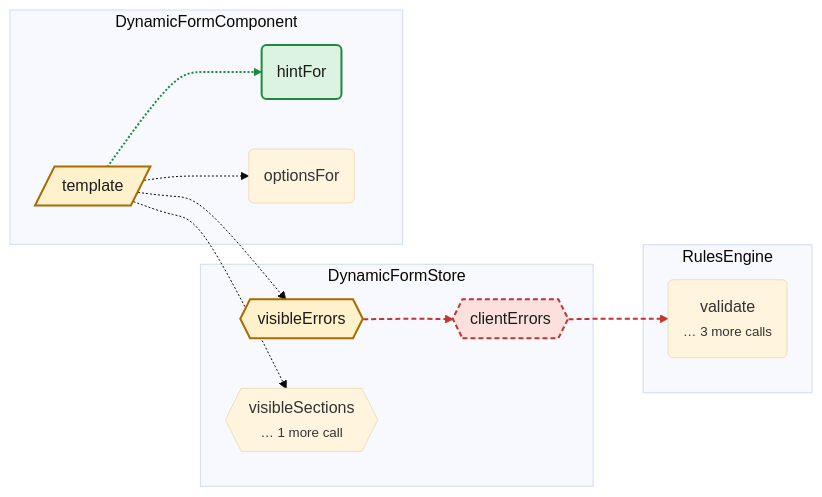
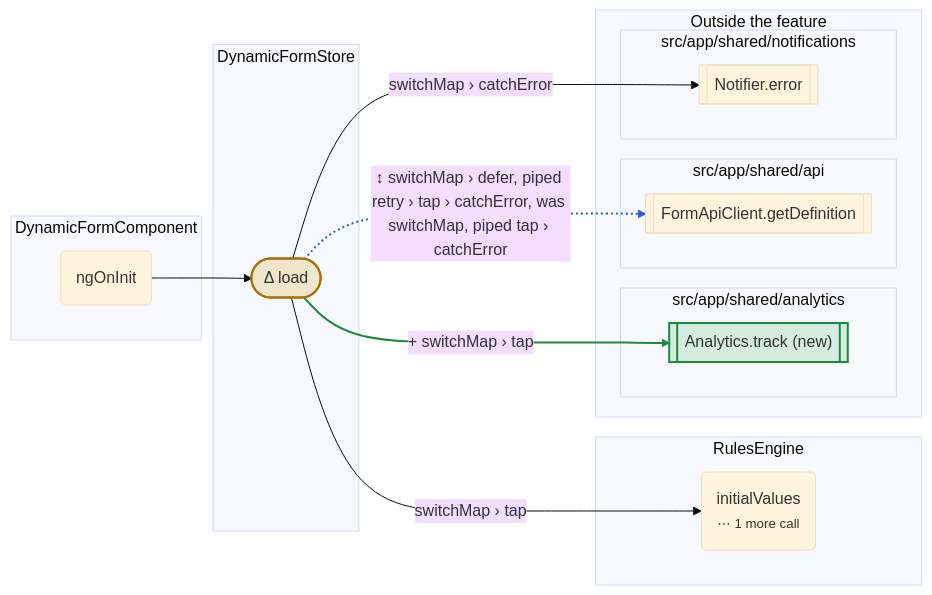
Before and after one commit to tstapleton/playground: the fifth of 6 diagrams in examples/callgraph-diff/comment.md, drawn with Mermaid (base theme). The commit also changed other lines of this file and 3 other files, not shown here.

First line of the commit message:
Regenerate the call graph demo, and note that signal-trace became plotline

````diff
--- a/examples/callgraph-diff/comment.md
+++ b/examples/callgraph-diff/comment.md
@@ -197,31 +255,34 @@
 ```mermaid
 flowchart LR
   subgraph g0["DynamicFormStore"]
-    n3{{"clientErrors"}}
-    n4{{"visibleErrors"}}
-    n5{{"visibleSections<br/><small>… 1 more call</small>"}}
+    n1(["Δ load"])
   end
   subgraph g1["DynamicFormComponent"]
-    n0("hintFor")
-    n1("optionsFor")
-    n2[/"template"/]
+    n0("ngOnInit")
   end
   subgraph g2["RulesEngine"]
-    n6("validate<br/><small>… 3 more calls</small>")
+    n2("initialValues<br/><small>⋯ 1 more call</small>")
   end
-  n2 -.-> n0
-  n2 -.-> n1
-  n2 -.-> n4
-  n2 -.-> n5
-  n3 --> n6
-  n4 -.-> n3
-  classDef added fill:#dcf3e1,stroke:#1f8a3b,stroke-width:2px,color:#1d1c1a
-  class n0 added
-  classDef removed fill:#fbe0de,stroke:#c2362f,stroke-width:2px,stroke-dasharray:5 3,color:#1d1c1a
-  class n3 removed
-  classDef structural fill:#fff1cc,stroke:#a86b00,stroke-width:2px,color:#1d1c1a
-  class n2,n4 structural
-  linkStyle 0 stroke:#1f8a3b,stroke-width:2px
-  linkStyle 4 stroke:#c2362f,stroke-width:2px,stroke-dasharray:5 3
-  linkStyle 5 stroke:#c2362f,stroke-width:2px,stroke-dasharray:5 3
+  subgraph outside["Outside the feature"]
+    subgraph g3["src/app/shared/analytics"]
+      n3[["Analytics.track (new)"]]
+    end
+    subgraph g4["src/app/shared/api"]
+      n4[["FormApiClient.getDefinition"]]
+    end
+    subgraph g5["src/app/shared/notifications"]
+      n5[["Notifier.error"]]
+    end
+  end
+  n0 --> n1
+  n1 -->|"switchMap › tap"| n2
+  n1 -->|"+ switchMap › tap"| n3
+  n1 -->|"↕ switchMap › defer, piped retry › tap › catchError, was switchMap, piped tap › catchError"| n4
+  n1 -->|"switchMap › catchError"| n5
+  classDef added fill:#2ea04329,stroke:#1f8a3b,stroke-width:2px
+  class n3 added
+  classDef changed fill:#d4a72c3d,stroke:#a86b00,stroke-width:2px
+  class n1 changed
+  linkStyle 2 stroke:#1f8a3b,stroke-width:2px
+  linkStyle 3 stroke:#2f5bd3,stroke-width:2px,stroke-dasharray:2 3
 ```
````
